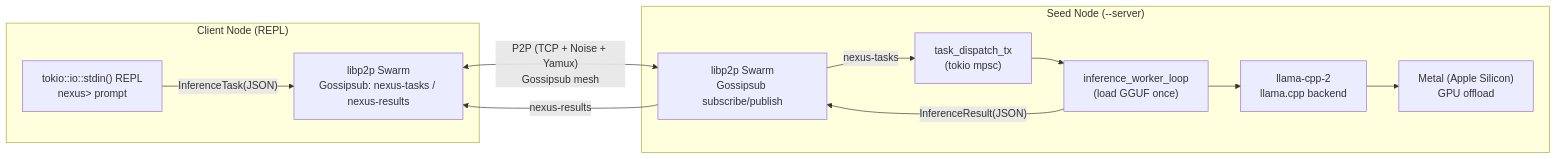
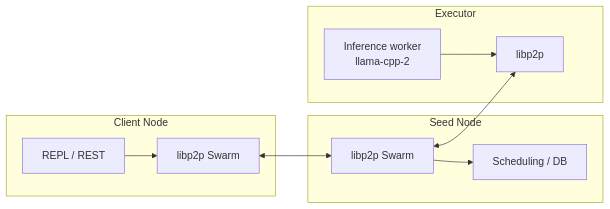
Before and after one commit to Nexus-Network-Foundation/nexus-core: the diagram in README.md, drawn with Mermaid. The commit also changed other lines of this file and 12 other files, not shown here.

````diff
--- a/README.md
+++ b/README.md
@@ -96,21 +160,23 @@
 ```mermaid
 flowchart LR
-  subgraph Client["Client Node (REPL)"]
-    REPL["tokio::io::stdin() REPL\nnexus> prompt"]
-    CNET["libp2p Swarm\nGossipsub: nexus-tasks / nexus-results"]
-    REPL -->|"InferenceTask(JSON)"| CNET
+  subgraph Client["Client Node"]
+    REPL["REPL / REST"]
+    CNET["libp2p Swarm"]
+    REPL --> CNET
   end
 
-  subgraph Seed["Seed Node (--server)"]
-    SNET["libp2p Swarm\nGossipsub subscribe/publish"]
-    DISPATCH["task_dispatch_tx\n(tokio mpsc)"]
-    WORKER["inference_worker_loop\n(load GGUF once)"]
-    LLAMA["llama-cpp-2\nllama.cpp backend"]
-    METAL["Metal (Apple Silicon)\nGPU offload"]
-    SNET -->|"nexus-tasks"| DISPATCH --> WORKER --> LLAMA --> METAL
-    WORKER -->|"InferenceResult(JSON)"| SNET
+  subgraph Seed["Seed Node"]
+    SNET["libp2p Swarm"]
+    DISPATCH["Scheduling / DB"]
+    SNET --> DISPATCH
   end
 
-  CNET <--> |"P2P (TCP + Noise + Yamux)\nGossipsub mesh"| SNET
-  SNET -->|"nexus-results"| CNET
+  subgraph Exec["Executor"]
+    WORKER["Inference worker\nllama-cpp-2"]
+    SNET2["libp2p"]
+    WORKER --> SNET2
+  end
+
+  CNET <--> SNET
+  SNET <--> SNET2
 ```
````
